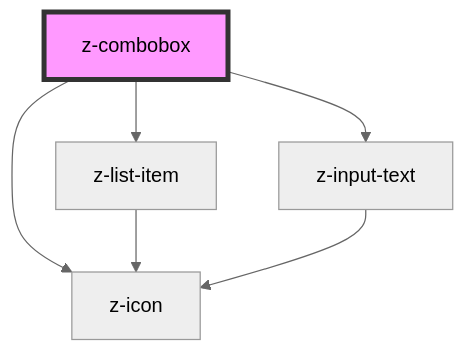
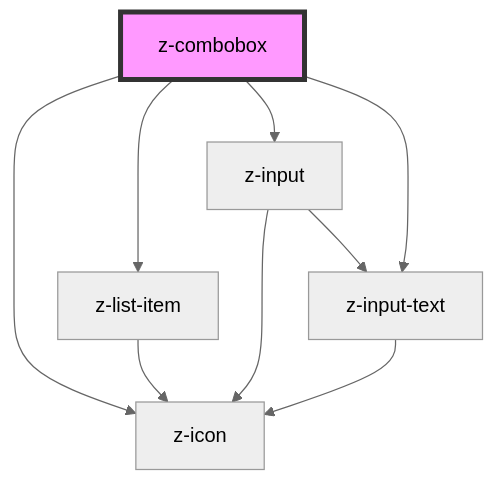
One commit to ZanichelliEditore/design-system changed the diagram in web-components-library/src/components/z-combobox/readme.md. Above: the diagram before and after it, drawn with Mermaid (neutral theme). The commit also changed other lines of this file and 7 other files, not shown here.

````diff
--- a/web-components-library/src/components/z-combobox/readme.md
+++ b/web-components-library/src/components/z-combobox/readme.md
@@ -34,9 +42,12 @@
 ```mermaid
 graph TD;
   z-combobox --> z-icon
   z-combobox --> z-list-item
+  z-combobox --> z-input
   z-combobox --> z-input-text
   z-list-item --> z-icon
+  z-input --> z-icon
+  z-input --> z-input-text
   z-input-text --> z-icon
   style z-combobox fill:#f9f,stroke:#333,stroke-width:4px
 ```
````
